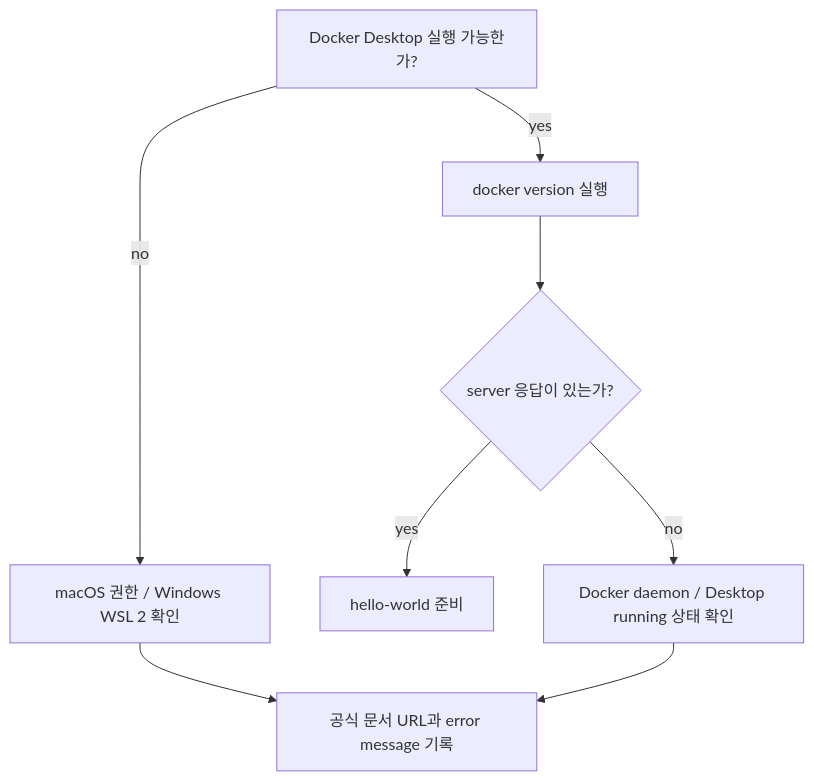
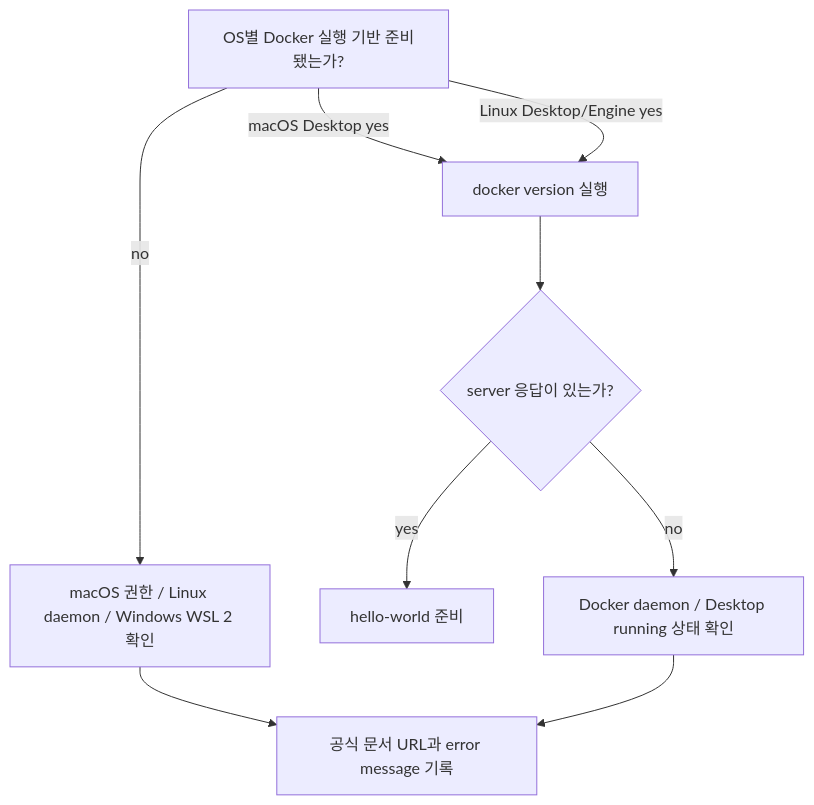
The diagram in week2/day1/lesson-02.md (HwantaLee/w3d3-github-actions-dockerhub), drawn with Mermaid before and after one commit. The commit also changed other lines of this file and 208 other files, not shown here.

````diff
--- a/week2/day1/lesson-02.md
+++ b/week2/day1/lesson-02.md
@@ -53,10 +57,11 @@
 ```mermaid
 flowchart TD
-    A["Docker Desktop 실행 가능한가?"] -->|yes| B["docker version 실행"]
-    A -->|no| C["macOS 권한 / Windows WSL 2 확인"]
+    A["OS별 Docker 실행 기반 준비됐는가?"] -->|macOS Desktop yes| B["docker version 실행"]
+    A -->|Linux Desktop/Engine yes| B
+    A -->|no| C["macOS 권한 / Linux daemon / Windows WSL 2 확인"]
     B --> D{"server 응답이 있는가?"}
     D -->|yes| E["hello-world 준비"]
     D -->|no| F["Docker daemon / Desktop running 상태 확인"]
     C --> G["공식 문서 URL과 error message 기록"]
     F --> G
 ```
````
